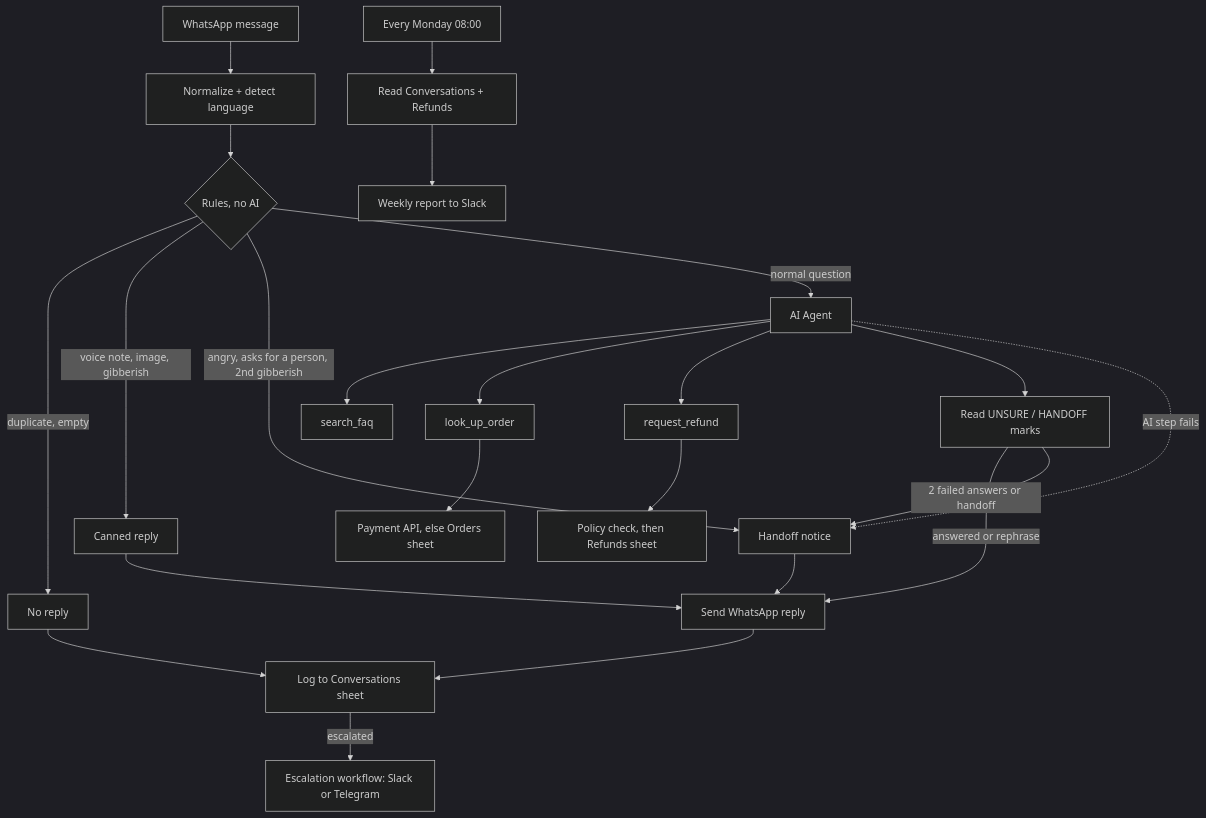
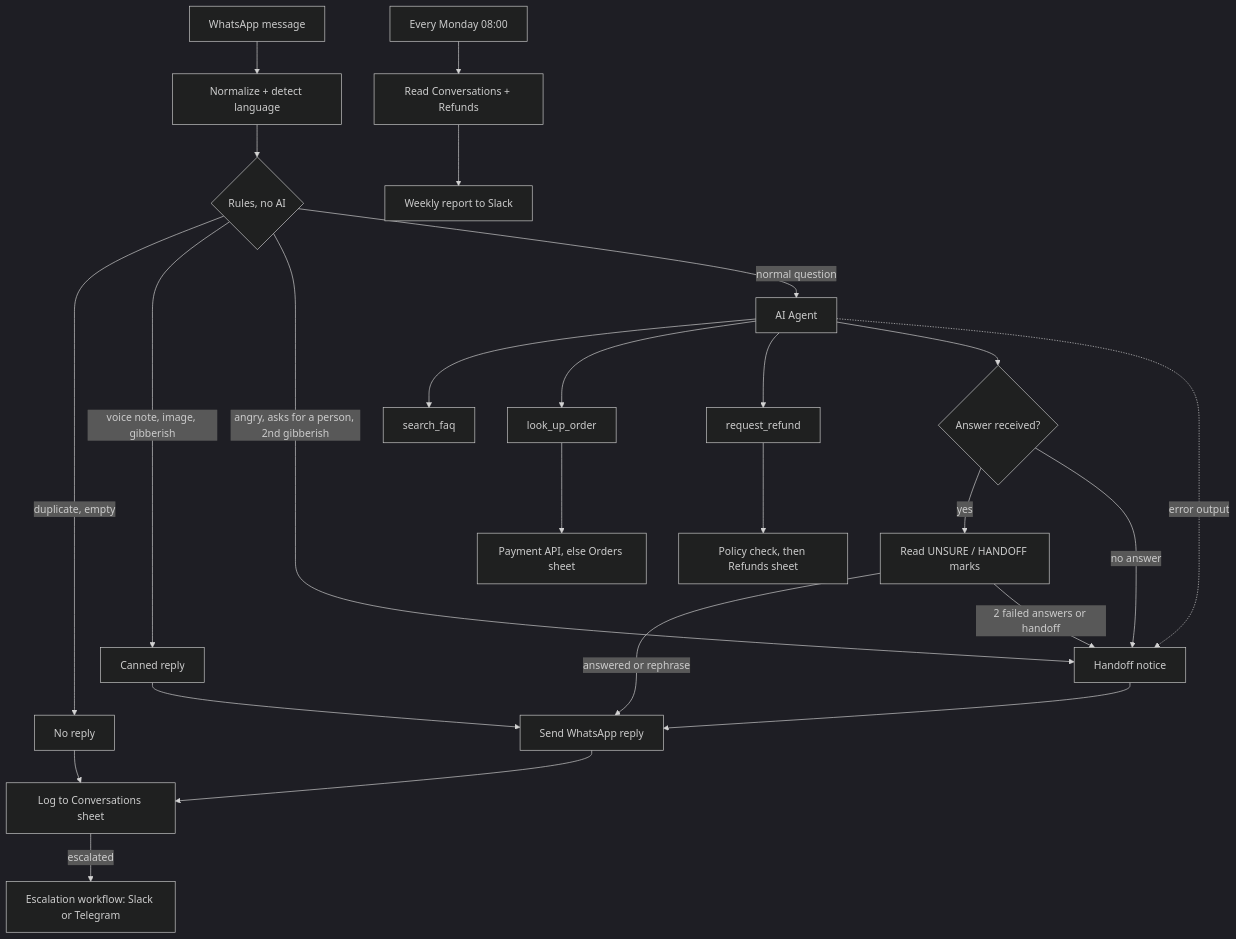
Before and after one commit to 1ybxows/n8n-whatsapp-ai-support-agent: the diagram in README.md, drawn with Mermaid (dark theme). The commit also changed other lines of this file and 6 other files, not shown here.

````diff
--- a/README.md
+++ b/README.md
@@ -14,24 +14,26 @@
 ```mermaid
 flowchart TD
   A[WhatsApp message] --> B[Normalize + detect language]
   B --> C{Rules, no AI}
   C -->|duplicate, empty| Z[No reply]
   C -->|voice note, image, gibberish| R[Canned reply]
   C -->|angry, asks for a person, 2nd gibberish| H[Handoff notice]
   C -->|normal question| D[AI Agent]
   D --> T1[search_faq]
   D --> T2[look_up_order]
   D --> T3[request_refund]
   T2 --> O[Payment API, else Orders sheet]
   T3 --> F[Policy check, then Refunds sheet]
-  D --> P[Read UNSURE / HANDOFF marks]
+  D --> Q{Answer received?}
+  Q -->|yes| P[Read UNSURE / HANDOFF marks]
   P -->|answered or rephrase| S
   P -->|2 failed answers or handoff| H
-  D -.->|AI step fails| H
+  Q -->|no answer| H
+  D -.->|error output| H
   R --> S[Send WhatsApp reply]
   H --> S
   Z --> L
   S --> L[Log to Conversations sheet]
   L -->|escalated| E[Escalation workflow: Slack or Telegram]
   W[Every Monday 08:00] --> X[Read Conversations + Refunds] --> M[Weekly report to Slack]
 ```
````
